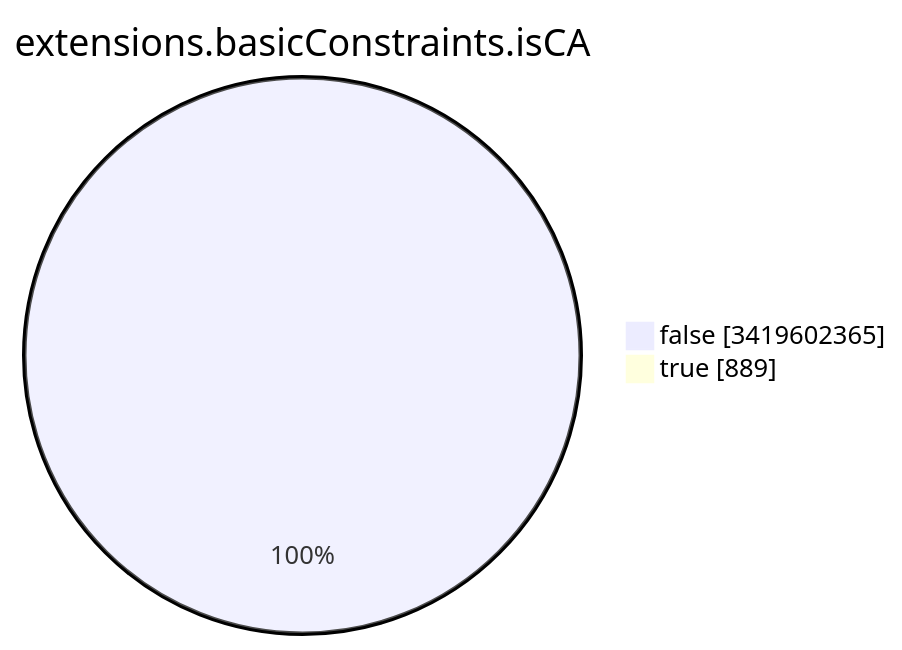
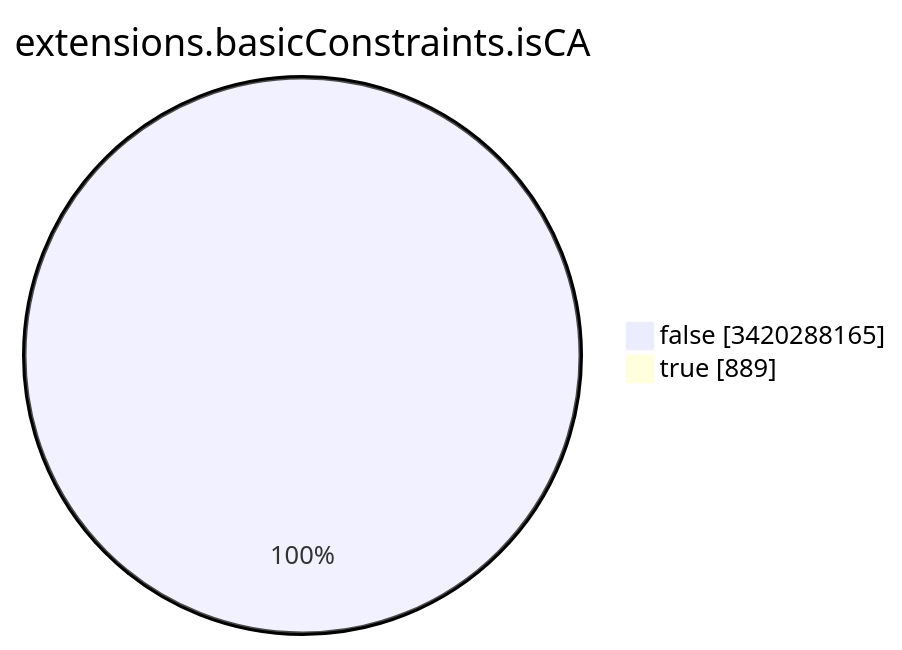
Before and after one commit to christiankrug/ctmonitor_visualization: the seventh of 15 diagrams in TOTAL/README.md, drawn with Mermaid. The commit also changed other lines of this file, not shown here.

````diff
--- a/TOTAL/README.md
+++ b/TOTAL/README.md
@@ -3092,6 +3092,6 @@
 ```mermaid
 pie showData
 title extensions.basicConstraints.isCA
-"false" :3419602365
+"false" :3420288165
 "true" :889
 ```
````
